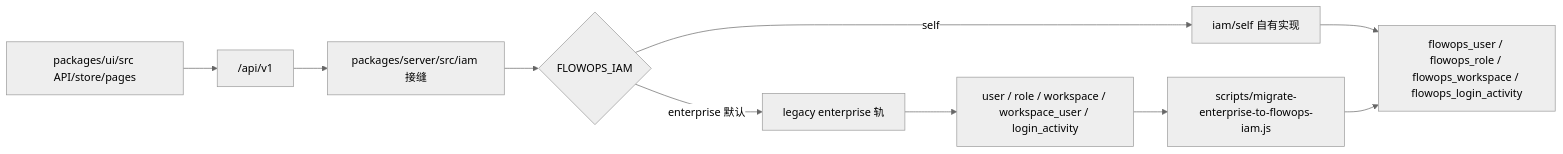
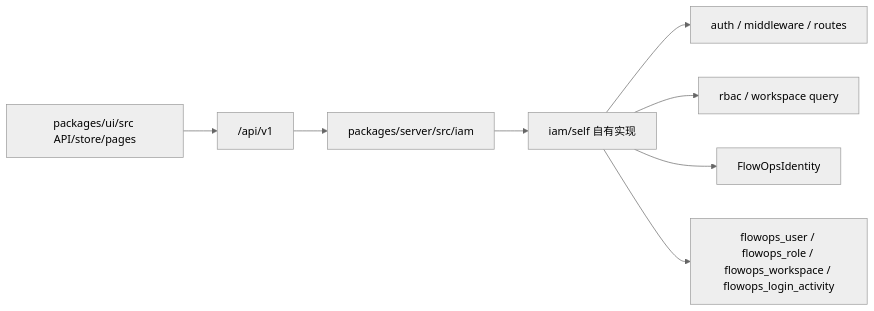
One commit to limeng1008/flowOps changed the diagram in docs/iam-selfbuild.md. Above: the diagram before and after it, drawn with Mermaid (neutral theme). The commit also changed other lines of this file and 2 other files, not shown here.

Commit message:
docs(iam): document self IAM single track phase E

````diff
--- a/docs/iam-selfbuild.md
+++ b/docs/iam-selfbuild.md
@@ -8,12 +14,10 @@
 ```mermaid
 flowchart LR
     UI["packages/ui/src API/store/pages"] --> API["/api/v1"]
-    API --> IAM["packages/server/src/iam 接缝"]
-    IAM --> Provider{"FLOWOPS_IAM"}
-    Provider -->|enterprise 默认| Legacy["legacy enterprise 轨"]
-    Provider -->|self| Self["iam/self 自有实现"]
+    API --> IAM["packages/server/src/iam"]
+    IAM --> Self["iam/self 自有实现"]
+    Self --> Auth["auth / middleware / routes"]
+    Self --> RBAC["rbac / workspace query"]
+    Self --> Identity["FlowOpsIdentity"]
     Self --> Tables["flowops_user / flowops_role / flowops_workspace / flowops_login_activity"]
-    Legacy --> LegacyTables["user / role / workspace / workspace_user / login_activity"]
-    LegacyTables --> Migrator["scripts/migrate-enterprise-to-flowops-iam.js"]
-    Migrator --> Tables
 ```
````
